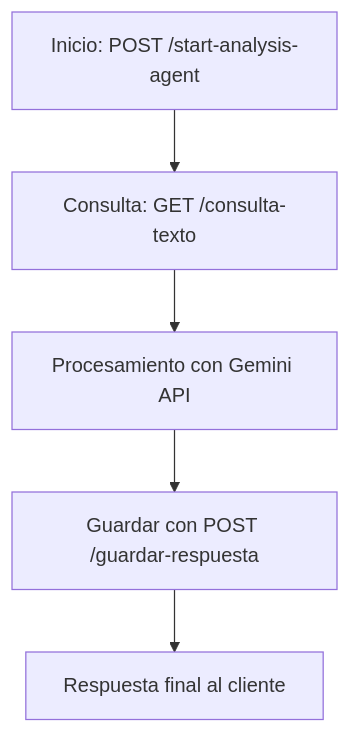
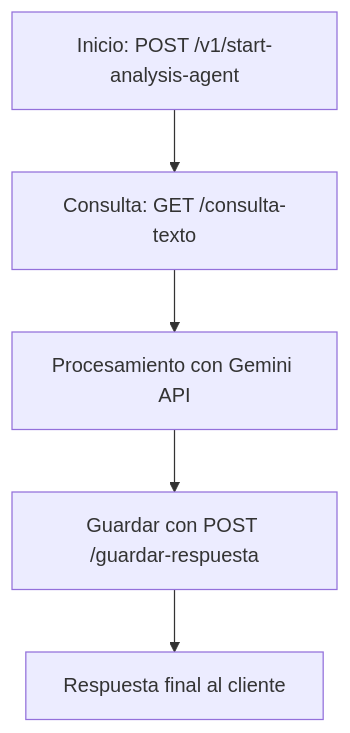
The diagram in README.md (AnThony69x/Autonomo-extra), drawn with Mermaid before and after one commit.

Commit message:
Corrige la ruta del endpoint en el diagrama de flujo del README.md

````diff
--- a/README.md
+++ b/README.md
@@ -137,8 +137,8 @@
 ```mermaid
 graph TD
-    A[Inicio: POST /start-analysis-agent] --> B[Consulta: GET /consulta-texto]
+    A[Inicio: POST /v1/start-analysis-agent] --> B[Consulta: GET /consulta-texto]
     B --> C[Procesamiento con Gemini API]
     C --> D[Guardar con POST /guardar-respuesta]
     D --> E[Respuesta final al cliente]
 
 ```
````
